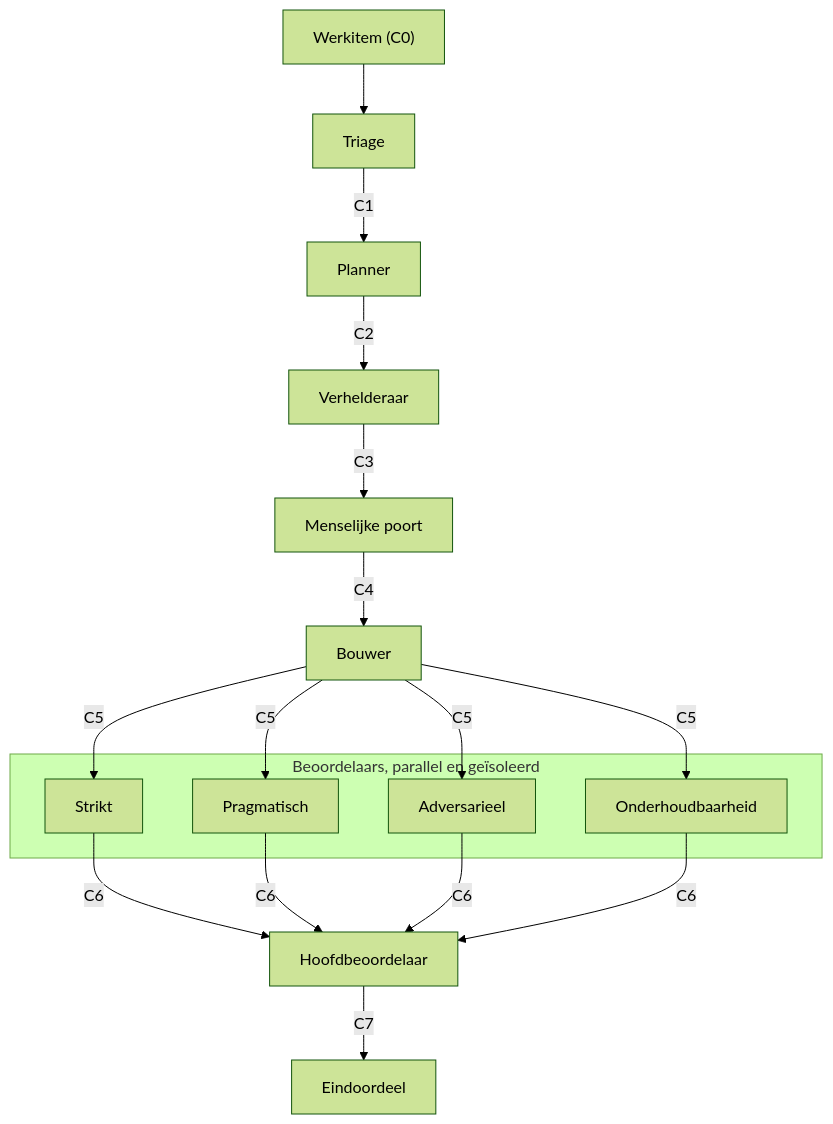
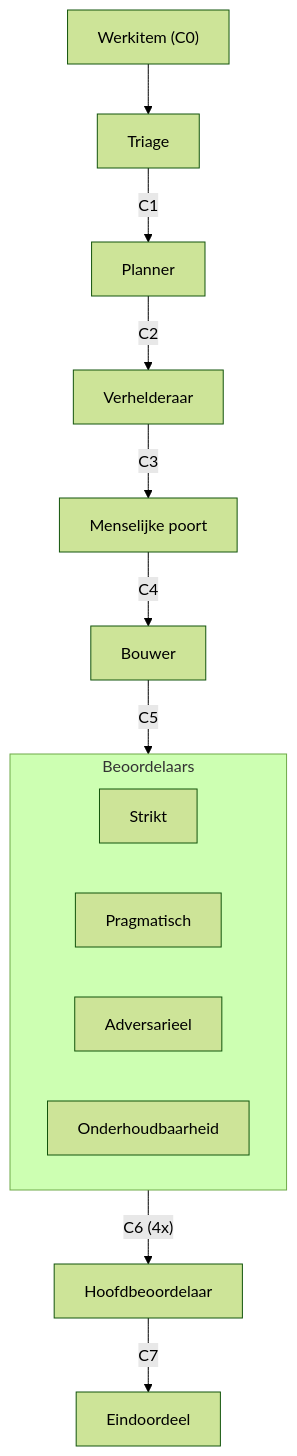
Before and after one commit to misja/agent-role-loop: the diagram in teaching/modules/02-begrijpen/les.md, drawn with Mermaid (forest theme).

Commit message:
docs(teaching): ontlast het loop-diagram - lay-out, geen labels geschrapt (#19)
De subgraaf-titel werd afgekapt en de acht parallelle randen maakten het beeld
druk en verkleind. Remedie conform de gate-bewaking: de titel kort naar
Beoordelaars (de caption draagt parallel-en-geisoleerd al), en de vier C5- en
vier C6-randen gebundeld naar een rand van en naar het blok, met de
multipliciteit in het label (C6 4x). Alle contract-labels blijven staan.

````diff
--- a/teaching/modules/02-begrijpen/les.md
+++ b/teaching/modules/02-begrijpen/les.md
@@ -25,25 +25,20 @@
 ```{mermaid}
 :caption: De rollenloop. Elke rol draagt één zorg; tussen twee rollen gaat precies één contract heen (C0 tot en met C7). De beoordelaars werken parallel en zien elkaars oordeel niet.
 
 flowchart TD
     W["Werkitem (C0)"] --> T[Triage]
     T -- C1 --> P[Planner]
     P -- C2 --> V[Verhelderaar]
     V -- C3 --> G[Menselijke poort]
     G -- C4 --> B[Bouwer]
-    B -- C5 --> R1
-    B -- C5 --> R2
-    B -- C5 --> R3
-    B -- C5 --> R4
-    subgraph S["Beoordelaars, parallel en geïsoleerd"]
+    B -- C5 --> S
+    subgraph S[Beoordelaars]
+        direction LR
         R1[Strikt]
         R2[Pragmatisch]
         R3[Adversarieel]
         R4[Onderhoudbaarheid]
     end
-    R1 -- C6 --> H[Hoofdbeoordelaar]
-    R2 -- C6 --> H
-    R3 -- C6 --> H
-    R4 -- C6 --> H
+    S -- "C6 (4x)" --> H[Hoofdbeoordelaar]
     H -- C7 --> E[Eindoordeel]
 ```
````
